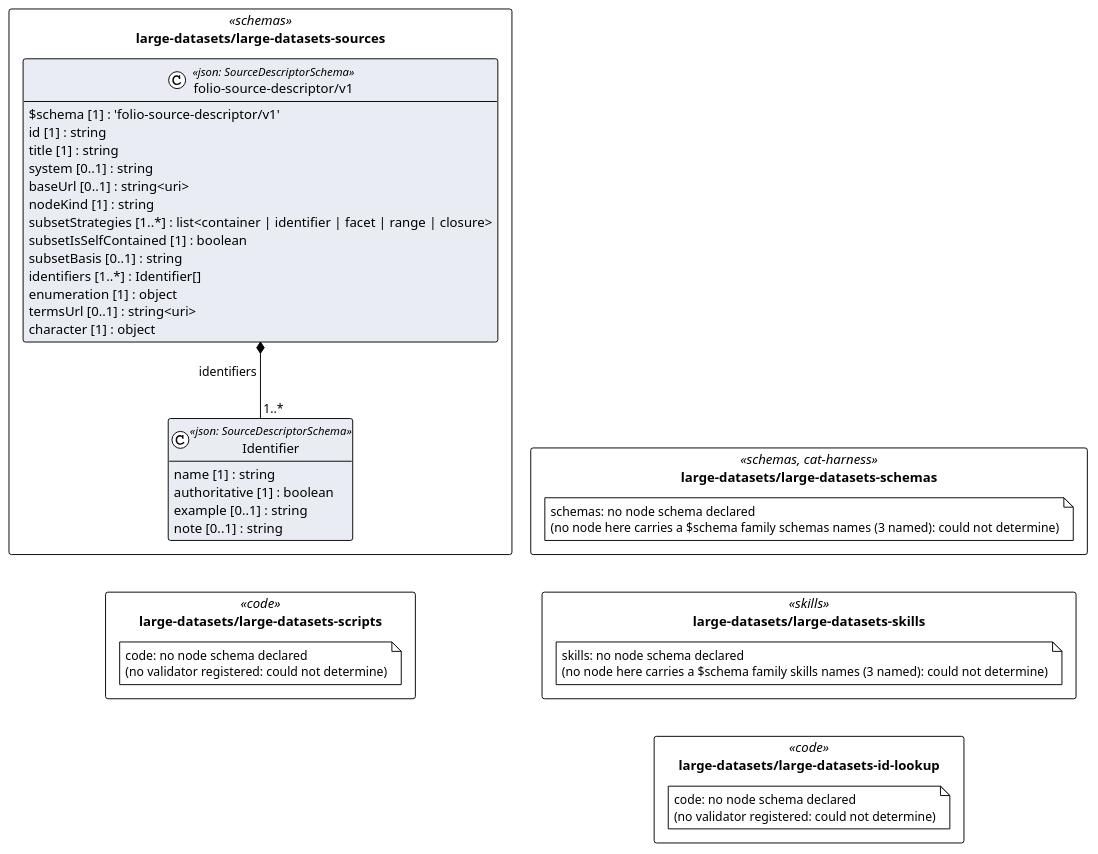
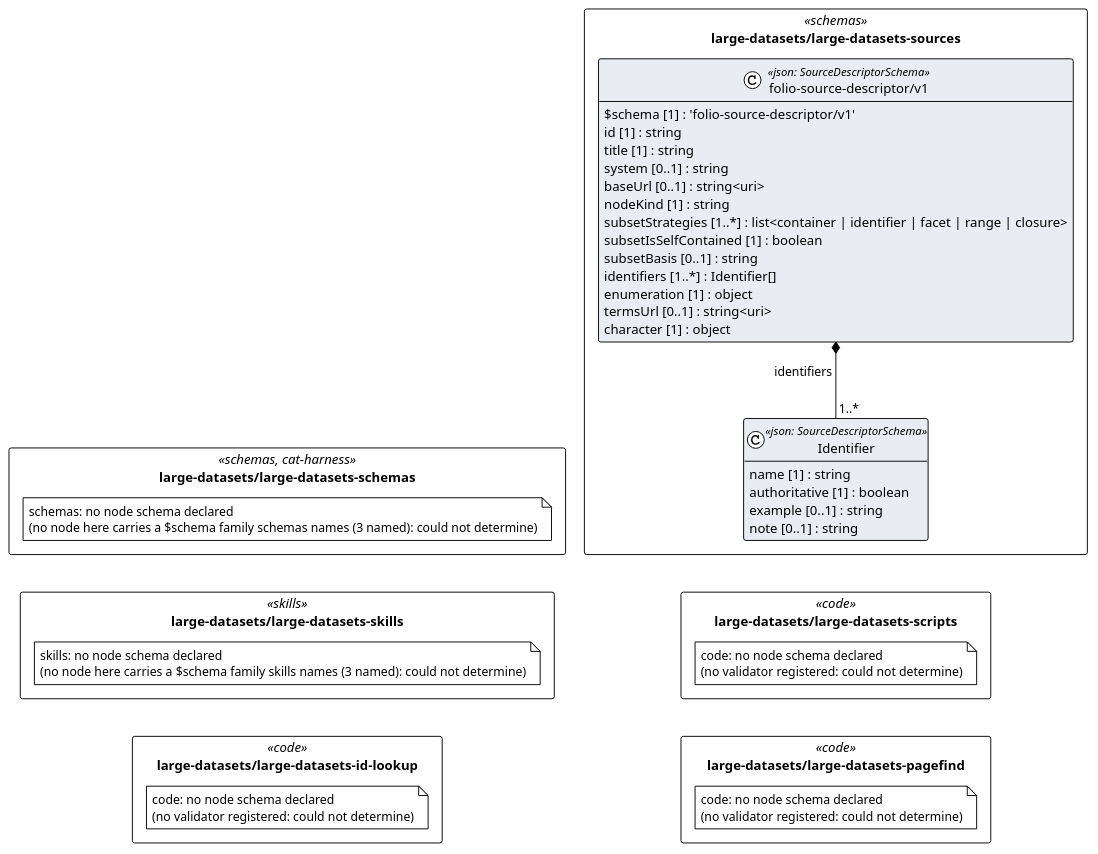
Before and after one commit to litlfred/folio-assistant: the diagram in cat-harness/uml/overview/large-datasets.puml, drawn with PlantUML. The commit also changed 22 other files, not shown here.

```diff
--- a/cat-harness/uml/overview/large-datasets.puml
+++ b/cat-harness/uml/overview/large-datasets.puml
@@ -3,50 +3,54 @@
 @startuml large_datasets
 !pragma layout elk
 !theme plain
 skinparam classAttributeIconSize 0
 skinparam shadowing false
 skinparam packageStyle rectangle
 hide empty methods
 
 package "large-datasets/large-datasets-schemas" as pkg_large_datasets_large_datasets_schemas <<schemas, cat-harness>> {
   note "schemas: no node schema declared\n(no node here carries a $schema family schemas names (3 named): could not determine)" as n_large_datasets_large_datasets_schemas_schemas
 }
 package "large-datasets/large-datasets-sources" as pkg_large_datasets_large_datasets_sources <<schemas>> {
   class "Identifier" as large_datasets_large_datasets_sources_folio_source_descriptor_v1_Identifier <<json: SourceDescriptorSchema>> #e9edf3 {
     name [1] : string
     authoritative [1] : boolean
     example [0..1] : string
     note [0..1] : string
   }
   class "folio-source-descriptor/v1" as large_datasets_large_datasets_sources_folio_source_descriptor_v1_folio_source_descriptor_v1 <<json: SourceDescriptorSchema>> #e9edf3 {
     $schema [1] : 'folio-source-descriptor/v1'
     id [1] : string
     title [1] : string
     system [0..1] : string
     baseUrl [0..1] : string<uri>
     nodeKind [1] : string
     subsetStrategies [1..*] : list<container | identifier | facet | range | closure>
     subsetIsSelfContained [1] : boolean
     subsetBasis [0..1] : string
     identifiers [1..*] : Identifier[]
     enumeration [1] : object
     termsUrl [0..1] : string<uri>
     character [1] : object
   }
 }
 package "large-datasets/large-datasets-skills" as pkg_large_datasets_large_datasets_skills <<skills>> {
   note "skills: no node schema declared\n(no node here carries a $schema family skills names (3 named): could not determine)" as n_large_datasets_large_datasets_skills_skills
 }
 package "large-datasets/large-datasets-scripts" as pkg_large_datasets_large_datasets_scripts <<code>> {
   note "code: no node schema declared\n(no validator registered: could not determine)" as n_large_datasets_large_datasets_scripts_code
 }
 package "large-datasets/large-datasets-id-lookup" as pkg_large_datasets_large_datasets_id_lookup <<code>> {
   note "code: no node schema declared\n(no validator registered: could not determine)" as n_large_datasets_large_datasets_id_lookup_code
 }
+package "large-datasets/large-datasets-pagefind" as pkg_large_datasets_large_datasets_pagefind <<code>> {
+  note "code: no node schema declared\n(no validator registered: could not determine)" as n_large_datasets_large_datasets_pagefind_code
+}
 
 large_datasets_large_datasets_sources_folio_source_descriptor_v1_folio_source_descriptor_v1 *-- "1..*" large_datasets_large_datasets_sources_folio_source_descriptor_v1_Identifier : identifiers
-' grid: portrait, 2 column(s) — pkg_large_datasets_large_datasets_schemas pkg_large_datasets_large_datasets_sources pkg_large_datasets_large_datasets_skills pkg_large_datasets_large_datasets_scripts pkg_large_datasets_large_datasets_id_lookup
+' grid: portrait, 2 column(s) — pkg_large_datasets_large_datasets_schemas pkg_large_datasets_large_datasets_sources pkg_large_datasets_large_datasets_skills pkg_large_datasets_large_datasets_scripts pkg_large_datasets_large_datasets_id_lookup pkg_large_datasets_large_datasets_pagefind
 pkg_large_datasets_large_datasets_schemas -[hidden]down- pkg_large_datasets_large_datasets_skills
 pkg_large_datasets_large_datasets_sources -[hidden]down- pkg_large_datasets_large_datasets_scripts
 pkg_large_datasets_large_datasets_skills -[hidden]down- pkg_large_datasets_large_datasets_id_lookup
+pkg_large_datasets_large_datasets_scripts -[hidden]down- pkg_large_datasets_large_datasets_pagefind
 @enduml
```
